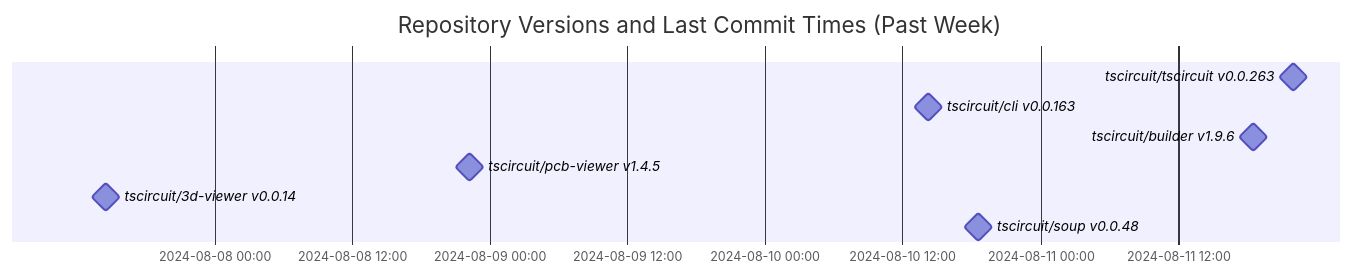
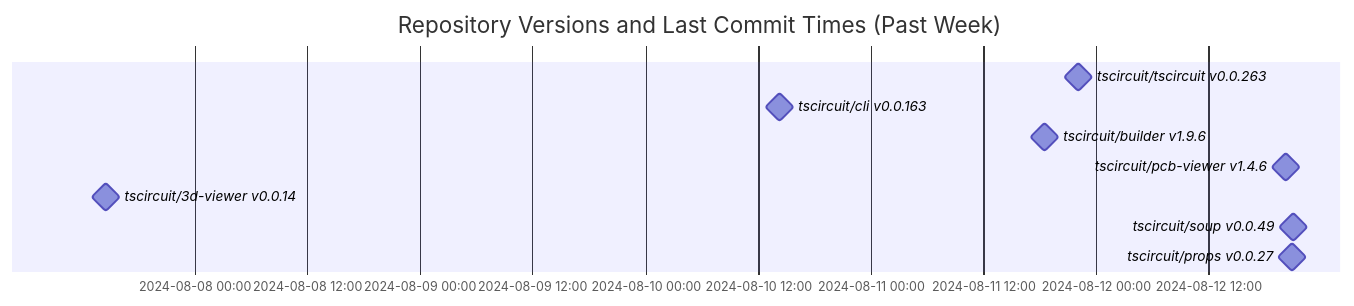
Before and after one commit to tscircuit/version-tracker: the diagram in README.md, drawn with Mermaid.

Commit message:
Update chart

````diff
--- a/README.md
+++ b/README.md
@@ -1,13 +1,14 @@
 ```mermaid
 gantt
   dateFormat  YYYY-MM-DD HH:mm:ss
   title Repository Versions and Last Commit Times (Past Week)
   axisFormat %Y-%m-%d %H:%M
 
   tscircuit/tscircuit v0.0.263 : milestone, 2024-08-11 22:02:17, 1s
   tscircuit/cli v0.0.163 : milestone, 2024-08-10 14:15:28, 1s
   tscircuit/builder v1.9.6 : milestone, 2024-08-11 18:31:00, 1s
-  tscircuit/pcb-viewer v1.4.5 : milestone, 2024-08-08 22:18:20, 1s
+  tscircuit/pcb-viewer v1.4.6 : milestone, 2024-08-12 20:14:33, 1s
   tscircuit/3d-viewer v0.0.14 : milestone, 2024-08-07 14:34:01, 1s
-  tscircuit/soup v0.0.48 : milestone, 2024-08-10 18:36:47, 1s
+  tscircuit/soup v0.0.49 : milestone, 2024-08-12 20:59:08, 1s
+  tscircuit/props v0.0.27 : milestone, 2024-08-12 20:48:48, 1s
 ```
````
